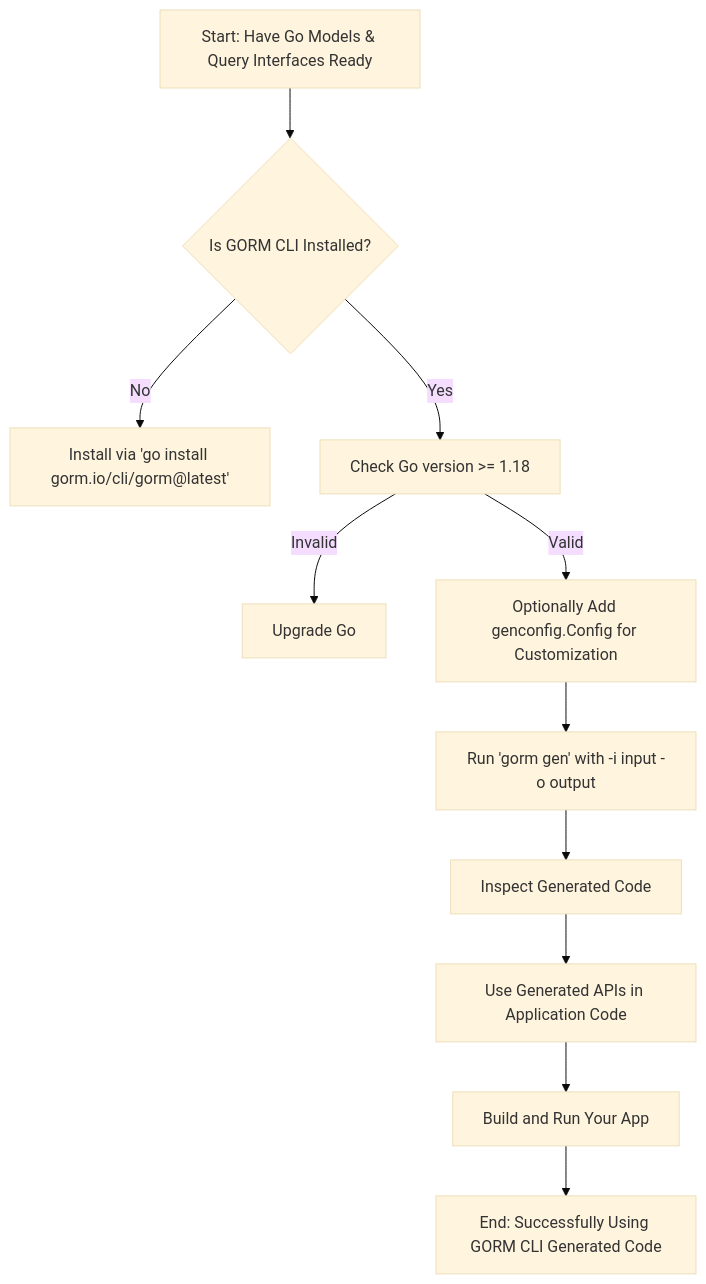
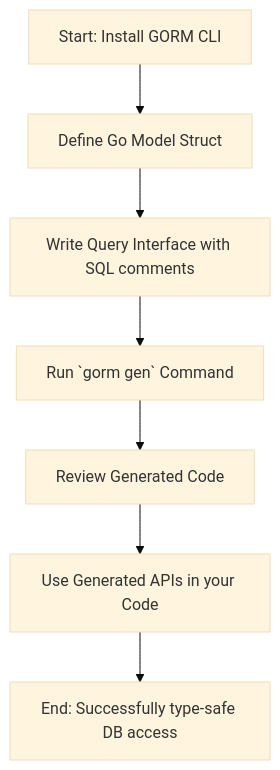
Before and after one commit to clidey/docucod-public-project-3a0e48a9-6b86-4d21-a930-072fe9723c66: the diagram in guides/core-workflows/getting-started.mdx, drawn with Mermaid (base theme). The commit also changed other lines of this file and 20 other files, not shown here.

````diff
--- a/guides/core-workflows/getting-started.mdx
+++ b/guides/core-workflows/getting-started.mdx
@@ -257,17 +173,9 @@
 ```mermaid
 flowchart TD
-    A[Start: Have Go Models & Query Interfaces Ready] --> B{Is GORM CLI Installed?}
-    B -- No --> C[Install via 'go install gorm.io/cli/gorm@latest']
-    B -- Yes --> D[Check Go version >= 1.18]
-    D -- Invalid --> E[Upgrade Go]
-    D -- Valid --> F[Optionally Add genconfig.Config for Customization]
-    F --> G[Run 'gorm gen' with -i input -o output]
-    G --> H[Inspect Generated Code]
-    H --> I[Use Generated APIs in Application Code]
-    I --> J[Build and Run Your App]
-    J --> K[End: Successfully Using GORM CLI Generated Code]
-
-    click C "https://go.dev/doc/install" "Go Installation Instructions"
-    click G "/getting-started/first-code-generation/running-gorm-cli-gen" "Running the Code Generator"
-    click H "/getting-started/first-code-generation/validation-and-quick-usage" "Validation and Quick Usage"
+    A[Start: Install GORM CLI] --> B[Define Go Model Struct]
+    B --> C[Write Query Interface with SQL comments]
+    C --> D[Run `gorm gen` Command]
+    D --> E[Review Generated Code]
+    E --> F[Use Generated APIs in your Code]
+    F --> G[End: Successfully type-safe DB access]
 ```
````
